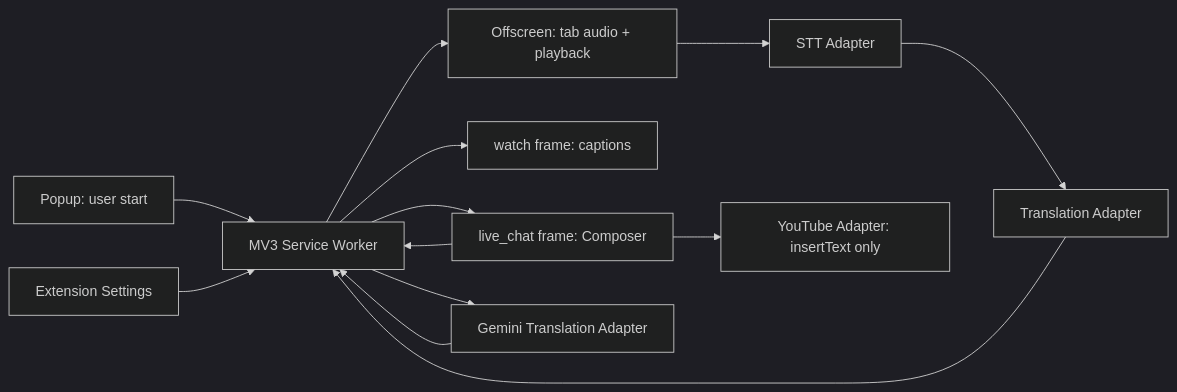
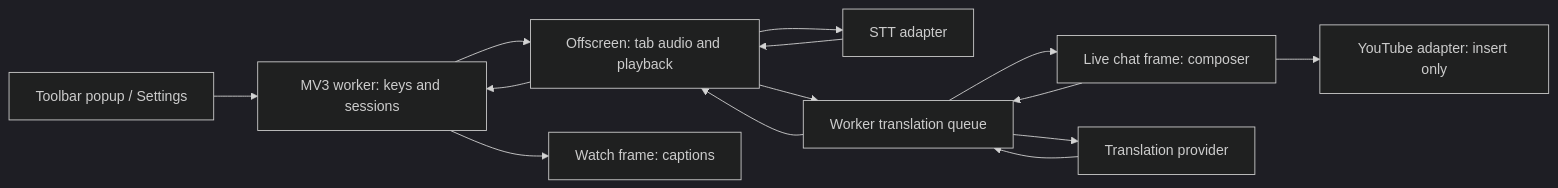
One commit to anaji727/KeroTranslate changed the diagram in docs/DESIGN.md. Above: the diagram before and after it, drawn with Mermaid (dark theme). The commit also changed other lines of this file and 45 other files, not shown here.

````diff
--- a/docs/DESIGN.md
+++ b/docs/DESIGN.md
@@ -42,15 +42,16 @@
 ```mermaid
 flowchart LR
-  P[Popup: user start] --> W[MV3 Service Worker]
-  S[Extension Settings] --> W
-  W --> O[Offscreen: tab audio + playback]
-  O --> STT[STT Adapter]
-  STT --> T[Translation Adapter]
-  T --> W
-  W --> V[watch frame: captions]
-  C[live_chat frame: Composer] --> W
-  W --> G[Gemini Translation Adapter]
-  G --> W
-  W --> C
-  C --> Y[YouTube Adapter: insertText only]
+  P[Toolbar popup / Settings] --> W[MV3 worker: keys and sessions]
+  W --> O[Offscreen: tab audio and playback]
+  O --> S[STT adapter]
+  S --> O
+  O --> Q[Worker translation queue]
+  C[Live chat frame: composer] --> Q
+  Q --> T[Translation provider]
+  T --> Q
+  Q --> O
+  Q --> C
+  O --> W
+  W --> V[Watch frame: captions]
+  C --> Y[YouTube adapter: insert only]
 ```
````
